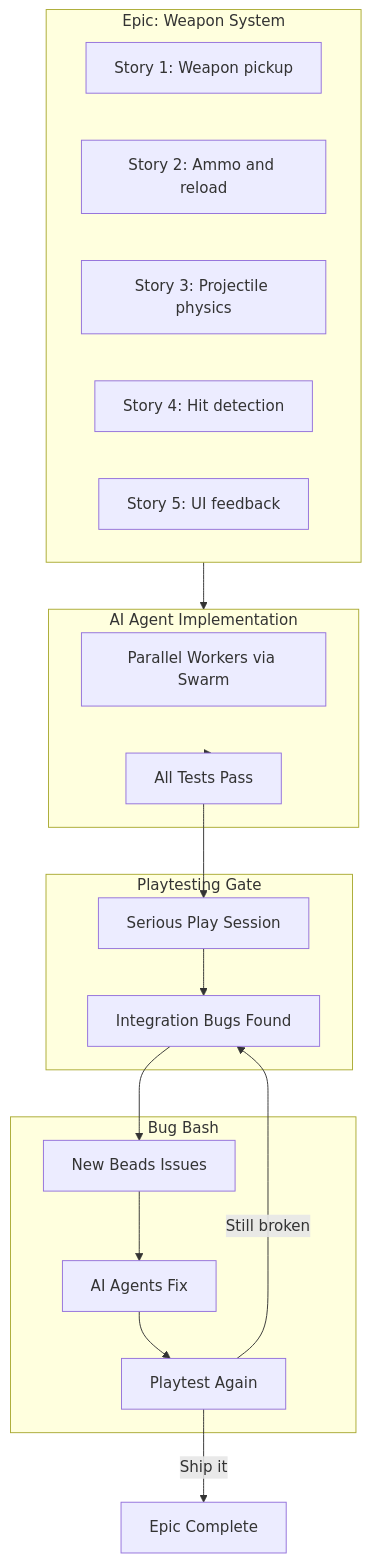
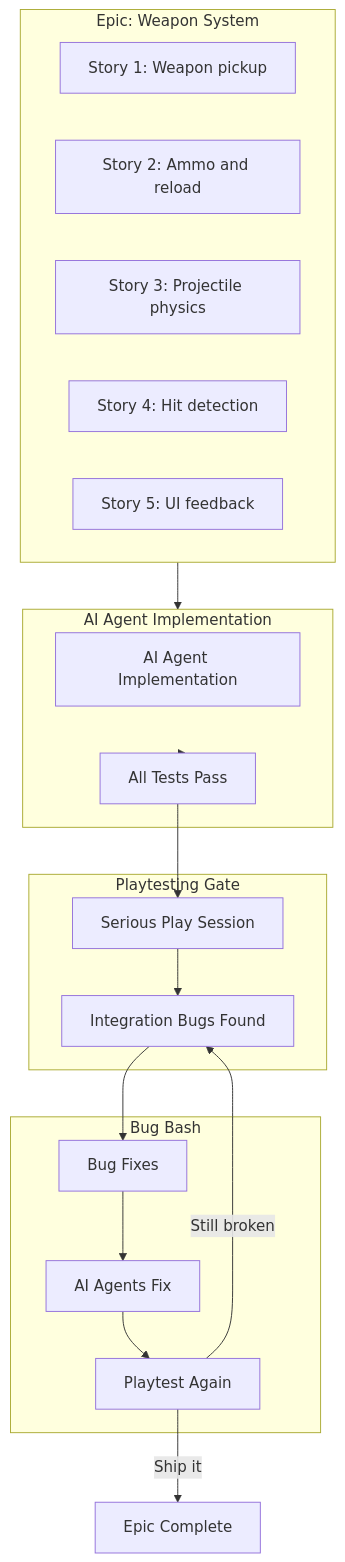
The eighth of 8 diagrams in docs/TESTING-STRATEGY.md (mtomcal/stick-rumble), drawn with Mermaid before and after one commit. The commit also changed other lines of this file and 18 other files, not shown here.

First line of the commit message:
chore: Remove Beads/Swarm tooling, add loop.sh for agent iteration

````diff
--- a/docs/TESTING-STRATEGY.md
+++ b/docs/TESTING-STRATEGY.md
@@ -529,31 +529,31 @@
 ```mermaid
 flowchart TB
     subgraph Epic["Epic: Weapon System"]
         S1["Story 1: Weapon pickup"]
         S2["Story 2: Ammo and reload"]
         S3["Story 3: Projectile physics"]
         S4["Story 4: Hit detection"]
         S5["Story 5: UI feedback"]
     end
 
     subgraph AI["AI Agent Implementation"]
-        Parallel["Parallel Workers via Swarm"]
+        Parallel["AI Agent Implementation"]
         Tests["All Tests Pass"]
     end
 
     subgraph QA["Playtesting Gate"]
         Play["Serious Play Session"]
         Bugs["Integration Bugs Found"]
     end
 
     subgraph Fix["Bug Bash"]
-        Issues["New Beads Issues"]
+        Issues["Bug Fixes"]
         Agents["AI Agents Fix"]
         Retest["Playtest Again"]
     end
 
     Epic --> AI --> Tests --> Play
     Play --> Bugs --> Issues --> Agents --> Retest
     Retest -->|"Still broken"| Bugs
     Retest -->|"Ship it"| Done["Epic Complete"]
 ```
````
